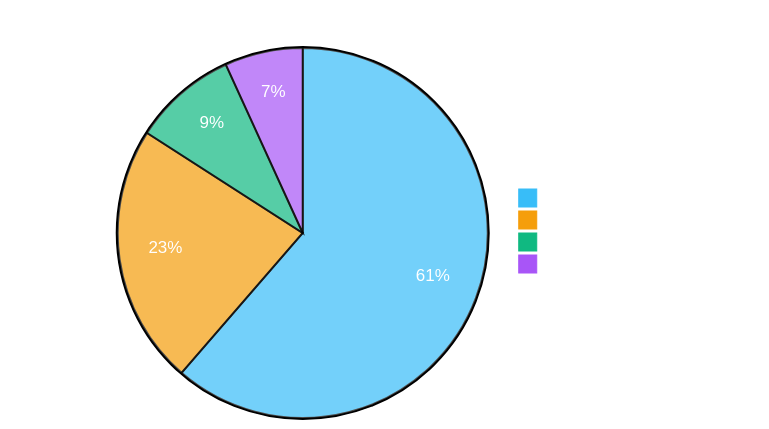
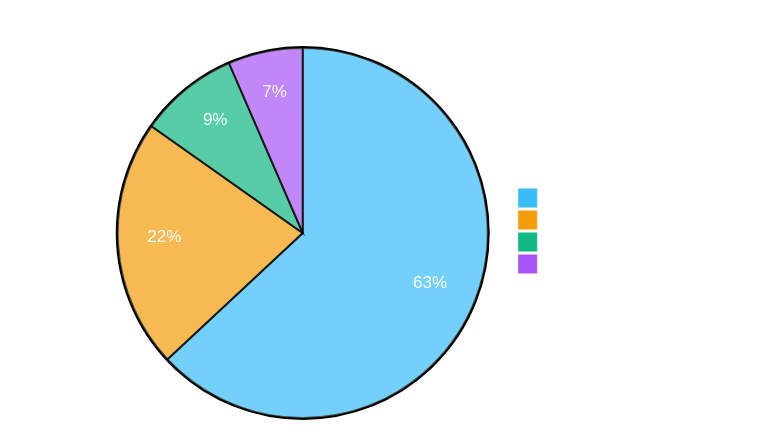
Before and after one commit to Apoo711/visor-project: the first of 3 diagrams in tests/TEST_REPORT.md, drawn with Mermaid. The commit also changed other lines of this file, not shown here.

Commit message:
chore(ci): update automated test report [skip ci]

````diff
--- a/tests/TEST_REPORT.md
+++ b/tests/TEST_REPORT.md
@@ -26,8 +26,8 @@
 ```mermaid
 %%{init: {'theme': 'base', 'themeVariables': { 'primaryColor': '#38bdf8', 'primaryTextColor': '#ffffff', 'primaryBorderColor': '#0284c7', 'lineColor': '#64748b', 'secondaryColor': '#a855f7', 'tertiaryColor': '#10b981', 'quaternaryColor': '#f59e0b', 'pie1': '#38bdf8', 'pie2': '#f59e0b', 'pie3': '#10b981', 'pie4': '#a855f7' } } }%%
-pie title V.I.S.O.R. Test Coverage Distribution (44 Total Tests)
-    "Rust Pi Logic Units" : 27
+pie title V.I.S.O.R. Test Coverage Distribution (46 Total Tests)
+    "Rust Pi Logic Units" : 29
     "Arduino Protocol & Firmware" : 10
     "Latency Benchmarks" : 4
     "End-to-End Pipelines" : 3
 ```
````
